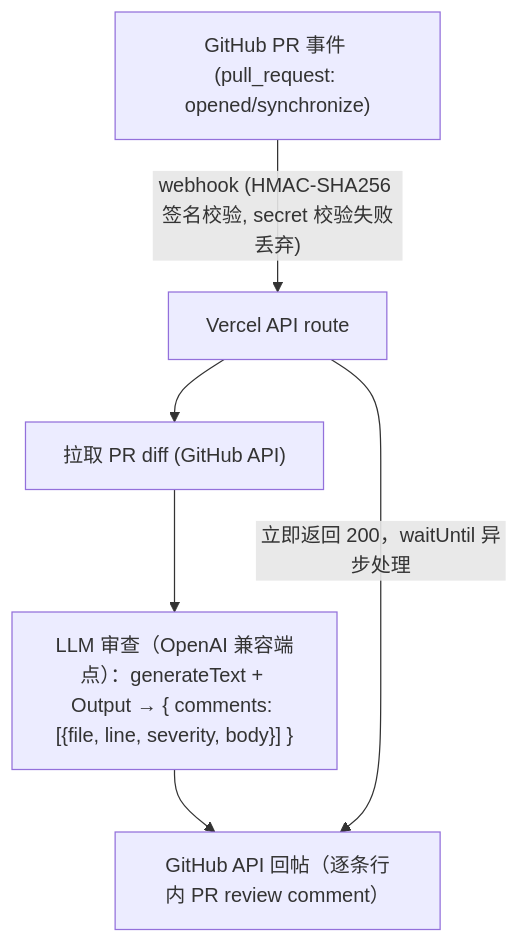
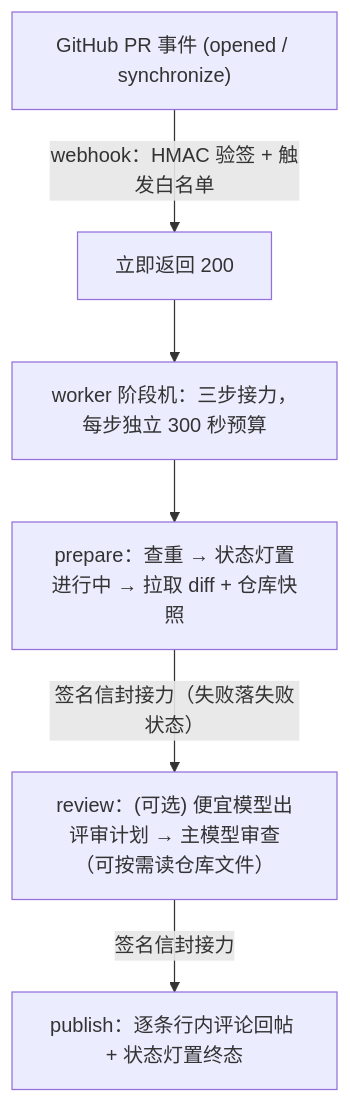
Before and after one commit to blingblingredstar/pr-review-agent: the diagram in README.md, drawn with Mermaid. The commit also changed other lines of this file, not shown here.

First line of the commit message:
docs: README 重写为通俗版，路线图移除已完成项

````diff
--- a/README.md
+++ b/README.md
@@ -13,8 +13,8 @@
 ```mermaid
 flowchart TD
-    A["GitHub PR 事件 (pull_request: opened/synchronize)"] -->|"webhook (HMAC-SHA256 签名校验, secret 校验失败丢弃)"| B["Vercel API route"]
-    B --> C["拉取 PR diff (GitHub API)"]
-    C --> D["LLM 审查（OpenAI 兼容端点）：generateText + Output → { comments: [{file, line, severity, body}] }"]
-    D --> E["GitHub API 回帖（逐条行内 PR review comment）"]
-    B -->|"立即返回 200，waitUntil 异步处理"| E
+    A["GitHub PR 事件 (opened / synchronize)"] -->|"webhook：HMAC 验签 + 触发白名单"| B["立即返回 200"]
+    B --> W["worker 阶段机：三步接力，每步独立 300 秒预算"]
+    W --> P["prepare：查重 → 状态灯置进行中 → 拉取 diff + 仓库快照"]
+    P -->|"签名信封接力（失败落失败状态）"| R["review：(可选) 便宜模型出评审计划 → 主模型审查（可按需读仓库文件）"]
+    R -->|"签名信封接力"| PB["publish：逐条行内评论回帖 + 状态灯置终态"]
 ```
````
